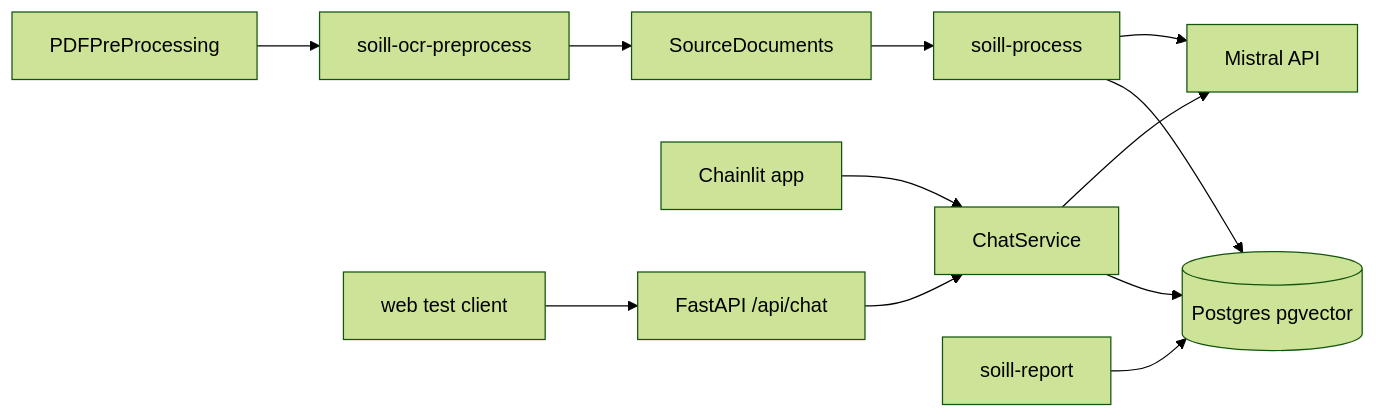
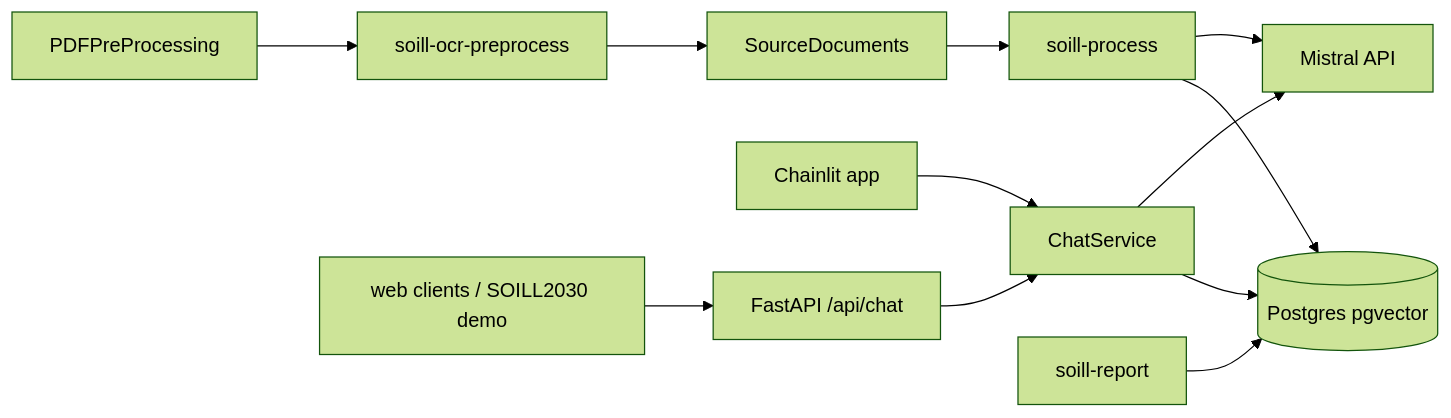
The diagram in README.md (rendzina/SOILL_Chatbot), drawn with Mermaid (forest theme) before and after one commit. The commit also changed other lines of this file and 4 other files, not shown here.

````diff
--- a/README.md
+++ b/README.md
@@ -172,14 +199,14 @@
 ```mermaid
 flowchart LR
   scans[PDFPreProcessing] --> OCR[soill-ocr-preprocess]
   OCR --> SD[SourceDocuments]
   SD --> PF[soill-process]
   PF --> PG[(Postgres pgvector)]
   CL[Chainlit app] --> CS[ChatService]
   API[FastAPI /api/chat] --> CS
   CS --> PG
   CS --> Mistral[Mistral API]
   PF --> Mistral
   RP[soill-report] --> PG
-  WEB[web test client] --> API
+  WEB[web clients / SOILL2030 demo] --> API
 ```
````
